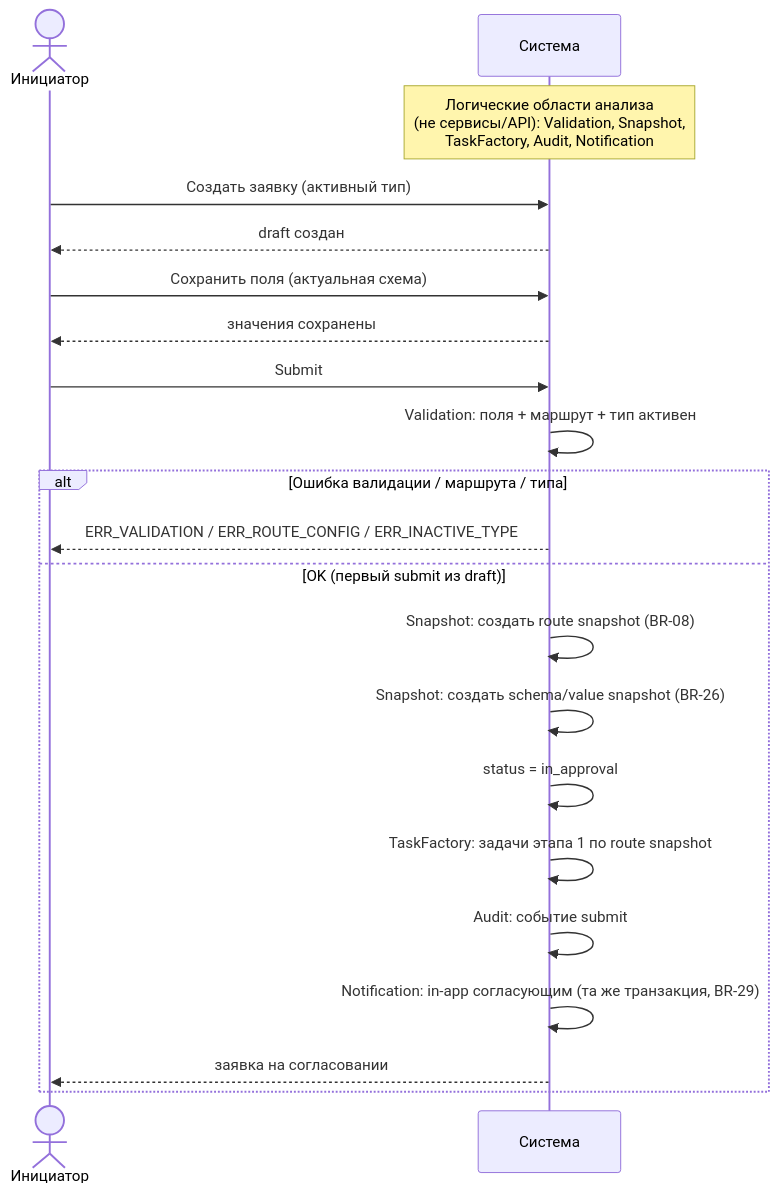
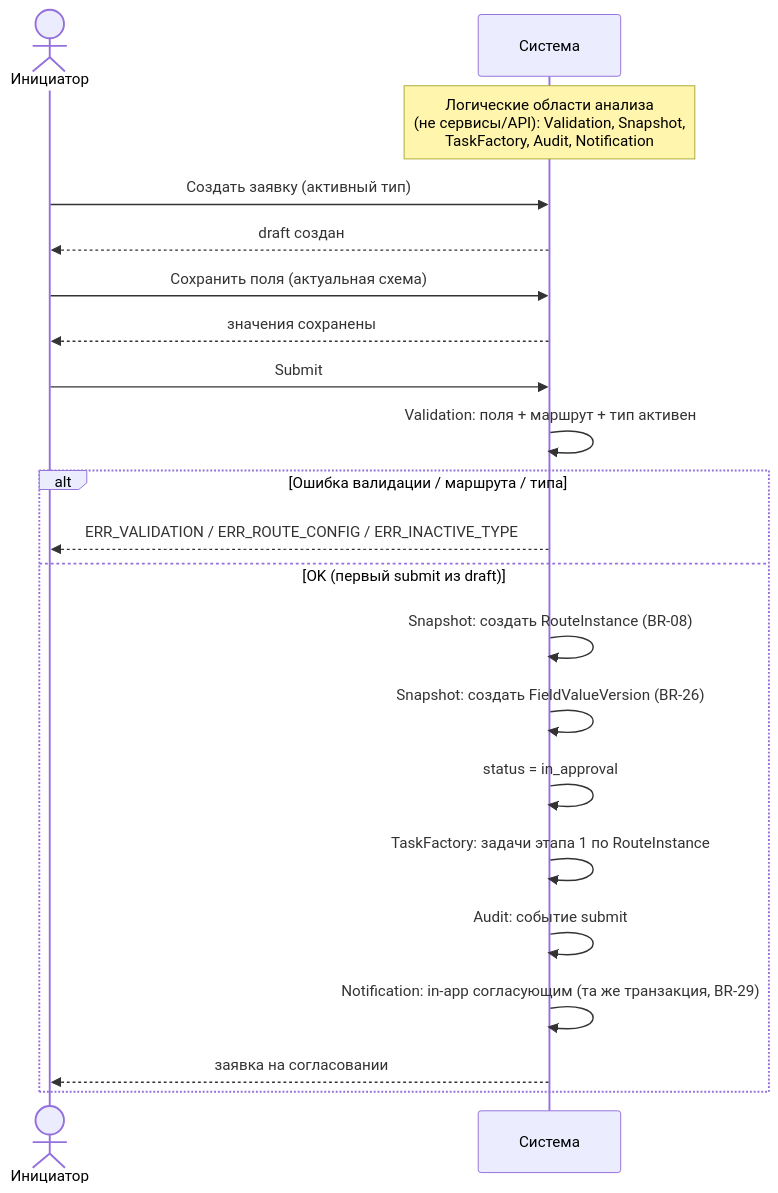
Before and after one commit to egoryasuk96/pet-project-hr-tech-: the first of 2 diagrams in docs/03-diagrams/uml/sequence-submit.md, drawn with Mermaid. The commit also changed other lines of this file and 33 other files, not shown here.

````diff
--- a/docs/03-diagrams/uml/sequence-submit.md
+++ b/docs/03-diagrams/uml/sequence-submit.md
@@ -80,26 +81,26 @@
 ```mermaid
 sequenceDiagram
   actor Init as Инициатор
   participant Sys as Система
   Note over Sys: Логические области анализа<br/>(не сервисы/API): Validation, Snapshot,<br/>TaskFactory, Audit, Notification
 
   Init->>Sys: Создать заявку (активный тип)
   Sys-->>Init: draft создан
 
   Init->>Sys: Сохранить поля (актуальная схема)
   Sys-->>Init: значения сохранены
 
   Init->>Sys: Submit
   Sys->>Sys: Validation: поля + маршрут + тип активен
   alt Ошибка валидации / маршрута / типа
     Sys-->>Init: ERR_VALIDATION / ERR_ROUTE_CONFIG / ERR_INACTIVE_TYPE
   else OK (первый submit из draft)
-    Sys->>Sys: Snapshot: создать route snapshot (BR-08)
-    Sys->>Sys: Snapshot: создать schema/value snapshot (BR-26)
+    Sys->>Sys: Snapshot: создать RouteInstance (BR-08)
+    Sys->>Sys: Snapshot: создать FieldValueVersion (BR-26)
     Sys->>Sys: status = in_approval
-    Sys->>Sys: TaskFactory: задачи этапа 1 по route snapshot
+    Sys->>Sys: TaskFactory: задачи этапа 1 по RouteInstance
     Sys->>Sys: Audit: событие submit
     Sys->>Sys: Notification: in-app согласующим (та же транзакция, BR-29)
     Sys-->>Init: заявка на согласовании
   end
 ```
````
